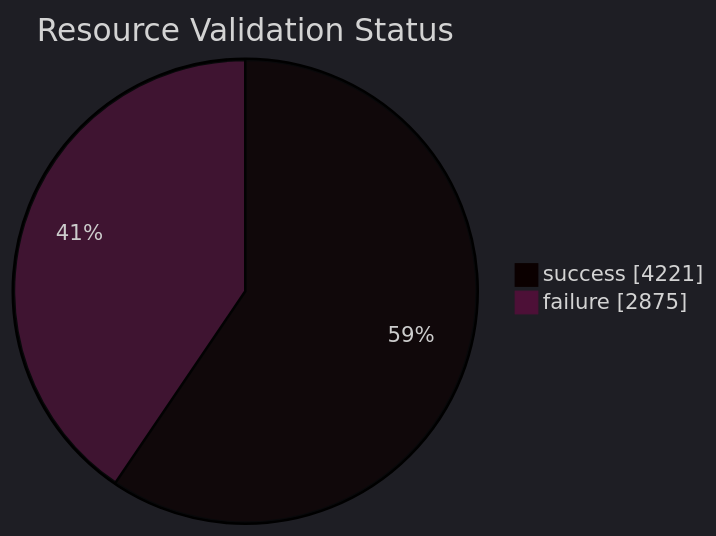
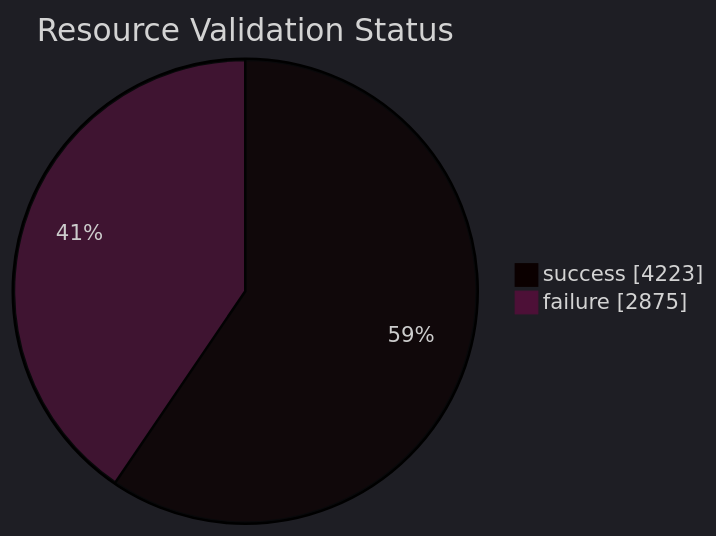
Before and after one commit to open-data/analytics-corporate-reporting: the diagram in datastore_tracker/resource_validation_status_pie_chart.md, drawn with Mermaid. The commit also changed 11 other files, not shown here.

````diff
--- a/datastore_tracker/resource_validation_status_pie_chart.md
+++ b/datastore_tracker/resource_validation_status_pie_chart.md
@@ -2,9 +2,9 @@
 ```mermaid
 ---
 config:
   theme: dark
 ---
 pie showData title Resource Validation Status
-    "success": 4221
+    "success": 4223
     "failure": 2875
 ```
````
